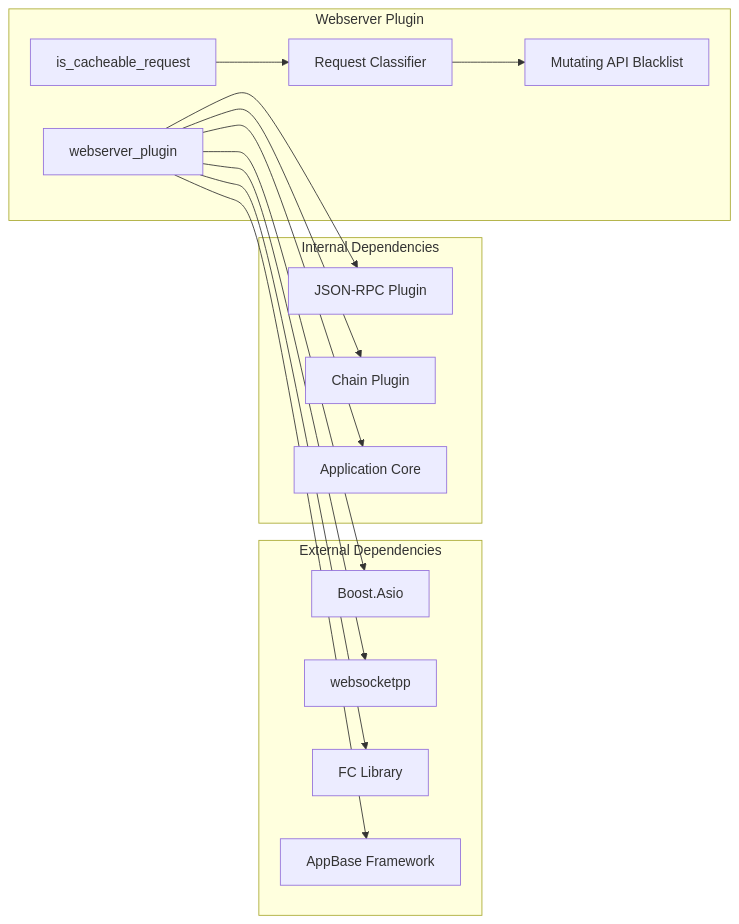
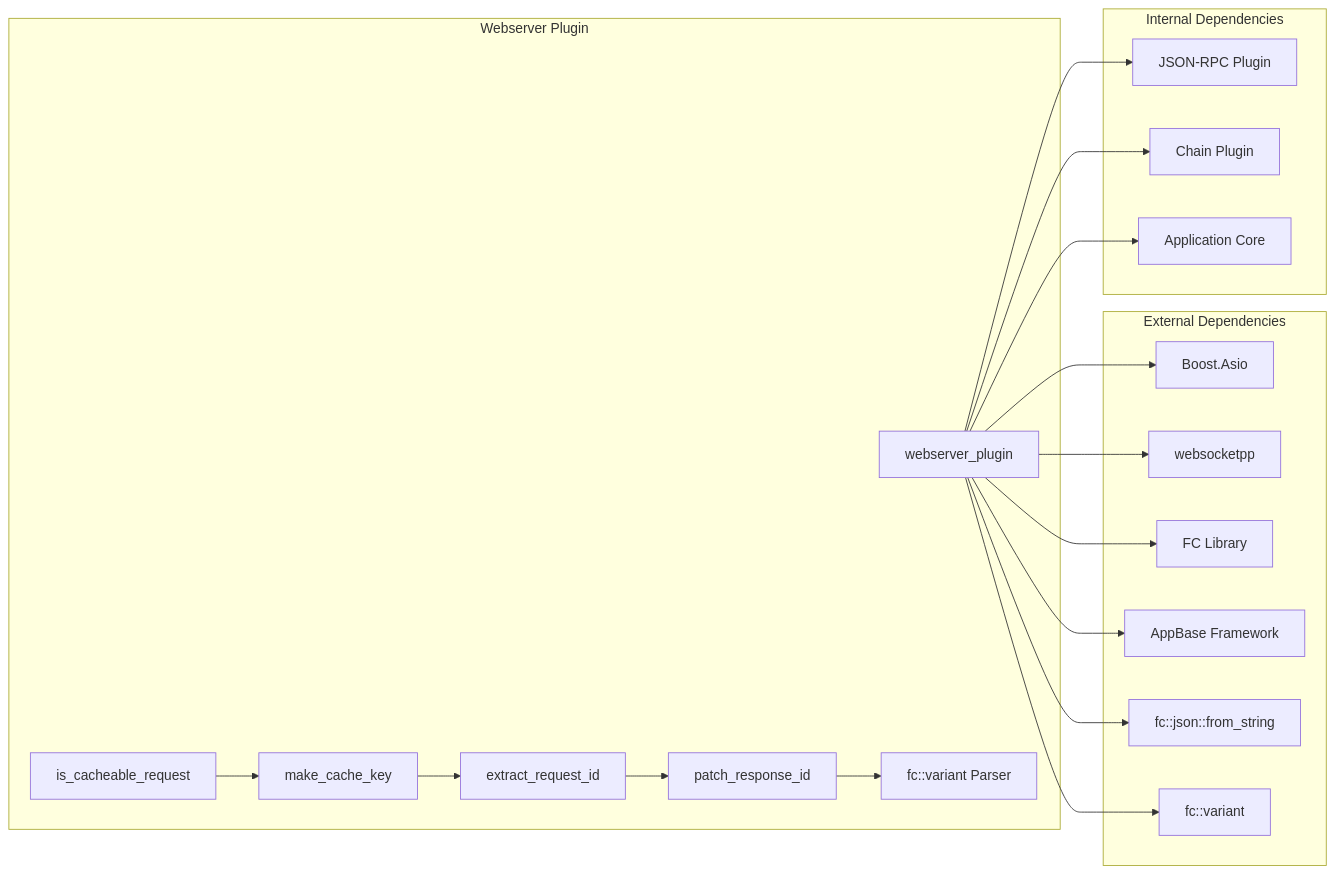
Before and after one commit to VIZ-Blockchain/viz-cpp-node: the ninth of 12 diagrams in .qoder/repowiki/en/content/Webserver Plugin.md, drawn with Mermaid. The commit also changed other lines of this file and 1 other file, not shown here.

First line of the commit message:
perf(webserver): improve JSON-RPC caching with fc::variant-based parsing

````diff
--- a/.qoder/repowiki/en/content/Webserver Plugin.md
+++ b/.qoder/repowiki/en/content/Webserver Plugin.md
@@ -346,29 +383,37 @@
 ```mermaid
 graph LR
 subgraph "External Dependencies"
 A[Boost.Asio]
 B[websocketpp]
 C[FC Library]
 D[AppBase Framework]
+E[fc::json::from_string]
+F[fc::variant]
 end
 subgraph "Internal Dependencies"
-E[JSON-RPC Plugin]
-F[Chain Plugin]
-G[Application Core]
+G[JSON-RPC Plugin]
+H[Chain Plugin]
+I[Application Core]
 end
 subgraph "Webserver Plugin"
-H[webserver_plugin]
-I[is_cacheable_request]
-J[Request Classifier]
-K[Mutating API Blacklist]
+J[webserver_plugin]
+K[is_cacheable_request]
+L[make_cache_key]
+M[extract_request_id]
+N[patch_response_id]
+O[fc::variant Parser]
 end
-H --> E
-H --> F
-H --> G
-H --> A
-H --> B
-H --> C
-H --> D
-I --> J
-J --> K
+J --> G
+J --> H
+J --> I
+J --> A
+J --> B
+J --> C
+J --> D
+J --> E
+J --> F
+K --> L
+L --> M
+M --> N
+N --> O
 ```
````
